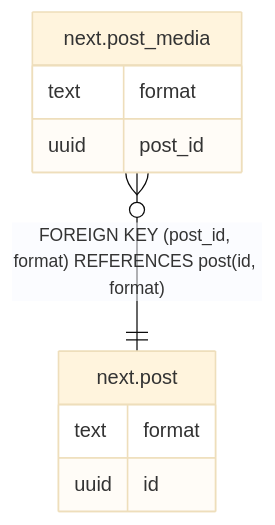
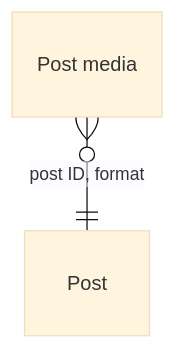
The diagram in docs/database/tables/viewpoint-marketing-posts.md (DoctorCRE/doctorcre-engine), drawn with Mermaid (base theme) before and after one commit. The commit also changed other lines of this file and 29 other files, not shown here.

````diff
--- a/docs/database/tables/viewpoint-marketing-posts.md
+++ b/docs/database/tables/viewpoint-marketing-posts.md
@@ -16,14 +3,13 @@
 ```mermaid
+---
+config:
+  layout: elk
+  er:
+    nodeSpacing: 22
+    rankSpacing: 44
+---
 erDiagram
-
-"next.post_media" }o--|| "next.post" : "FOREIGN KEY (post_id, format) REFERENCES post(id, format)"
-
-"next.post" {
-  text format
-  uuid id
-}
-"next.post_media" {
-  text format
-  uuid post_id
-}
+  "Post"
+  "Post media"
+  "Post media" }o--|| "Post" : "post ID, format"
 ```
````
